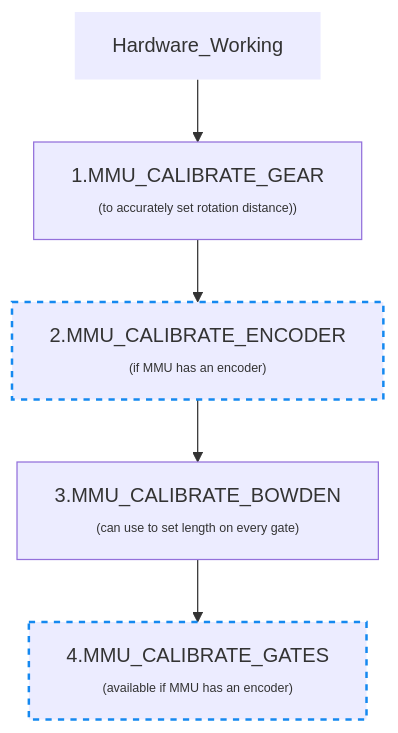
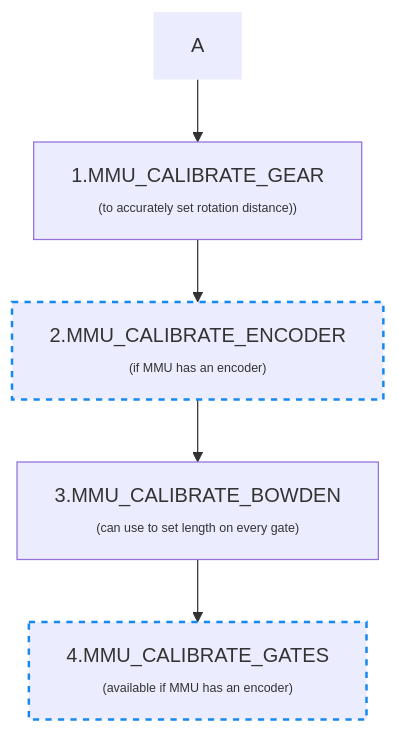
Before and after one commit to 3DCoded/Happy-Hare: the diagram in MMU-Calibration-TypeB.md, drawn with Mermaid.

````diff
--- a/MMU-Calibration-TypeB.md
+++ b/MMU-Calibration-TypeB.md
@@ -31,11 +31,12 @@
 ```mermaid
 graph TD;
-    Hardware_Working --> MMU_CALIBRATE_GEAR["1.MMU_CALIBRATE_GEAR<br/><span style='font-size:10px'>(to accurately set rotation distance))</span>"]
+    Hardware_Working[A] --> MMU_CALIBRATE_GEAR["1.MMU_CALIBRATE_GEAR<br/><span style='font-size:10px'>(to accurately set rotation distance))</span>"]
     MMU_CALIBRATE_GEAR --> MMU_CALIBRATE_ENCODER["2.MMU_CALIBRATE_ENCODER<br/><span style='font-size:10px'>(if MMU has an encoder)</span>"]
     MMU_CALIBRATE_ENCODER --> MMU_CALIBRATE_BOWDEN["3.MMU_CALIBRATE_BOWDEN<br/><span style='font-size:10px'>(can use to set length on every gate)</span>"]
     MMU_CALIBRATE_BOWDEN --> MMU_CALIBRATE_GATES["4.MMU_CALIBRATE_GATES<br/><span style='font-size:10px'>(available if MMU has an encoder)</span>"]
 
     style Hardware_Working stroke-width:0px
     style MMU_CALIBRATE_ENCODER stroke-dasharray: 5 5, stroke:#1589f0, stroke-width:2px
     style MMU_CALIBRATE_GATES stroke-dasharray: 5 5, stroke:#1589f0, stroke-width:2px
+    click A "Hardware-Configuration"
 ```
````
